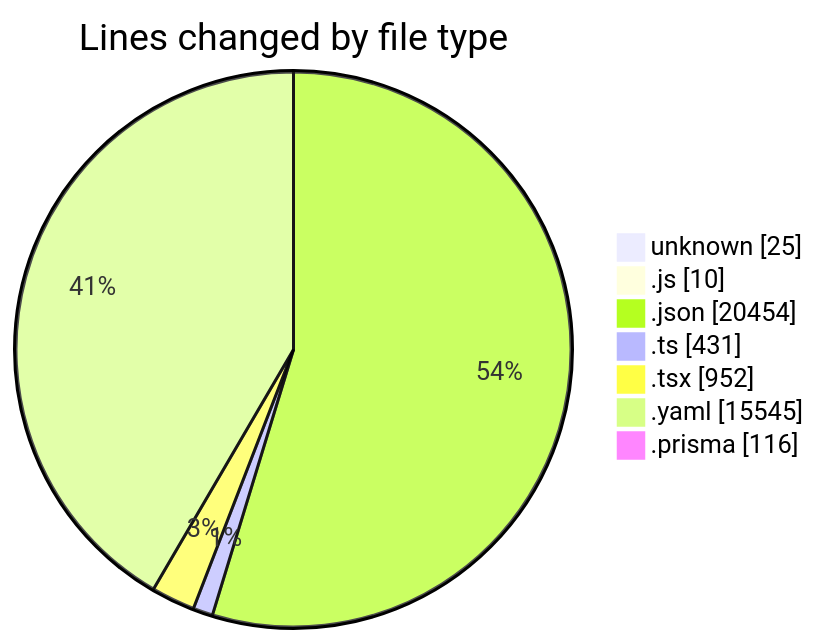
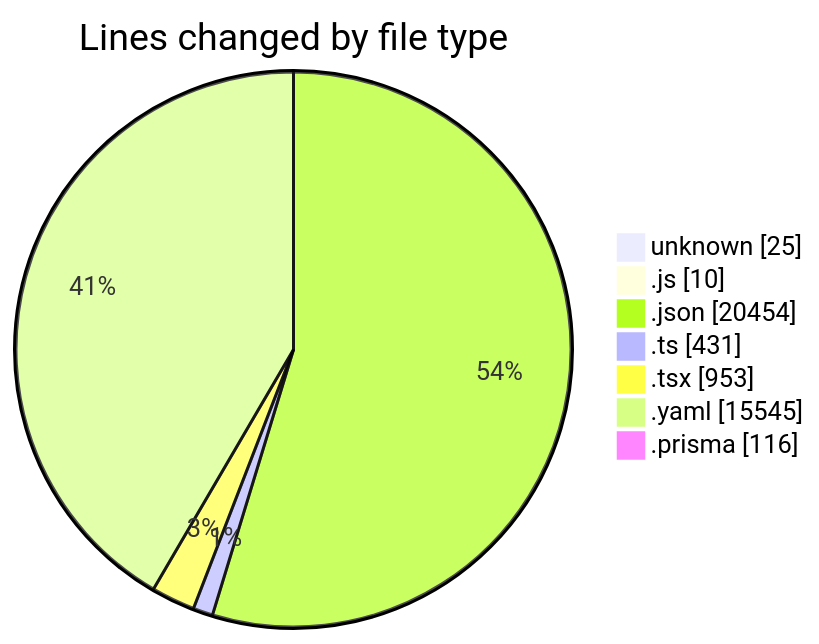
The first of 2 diagrams in 2025-05-02/ecodeli/README.md (CELIANVF/code-tracking), drawn with Mermaid before and after one commit. The commit also changed other lines of this file and 1 other file, not shown here.

````diff
--- a/2025-05-02/ecodeli/README.md
+++ b/2025-05-02/ecodeli/README.md
@@ -43,11 +43,11 @@
 ```mermaid
 pie showData
 title Lines changed by file type
 "unknown" : 25
 ".js" : 10
 ".json" : 20454
 ".ts" : 431
-".tsx" : 952
+".tsx" : 953
 ".yaml" : 15545
 ".prisma" : 116
 ```
````
